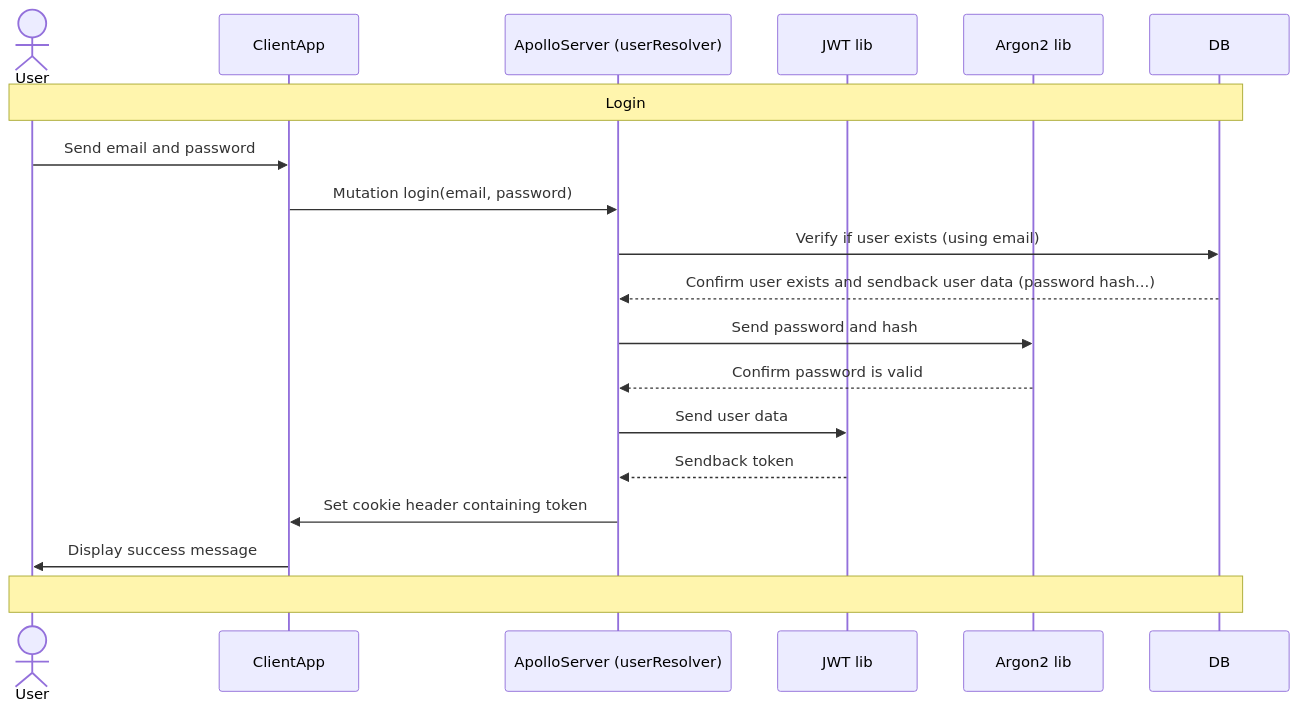
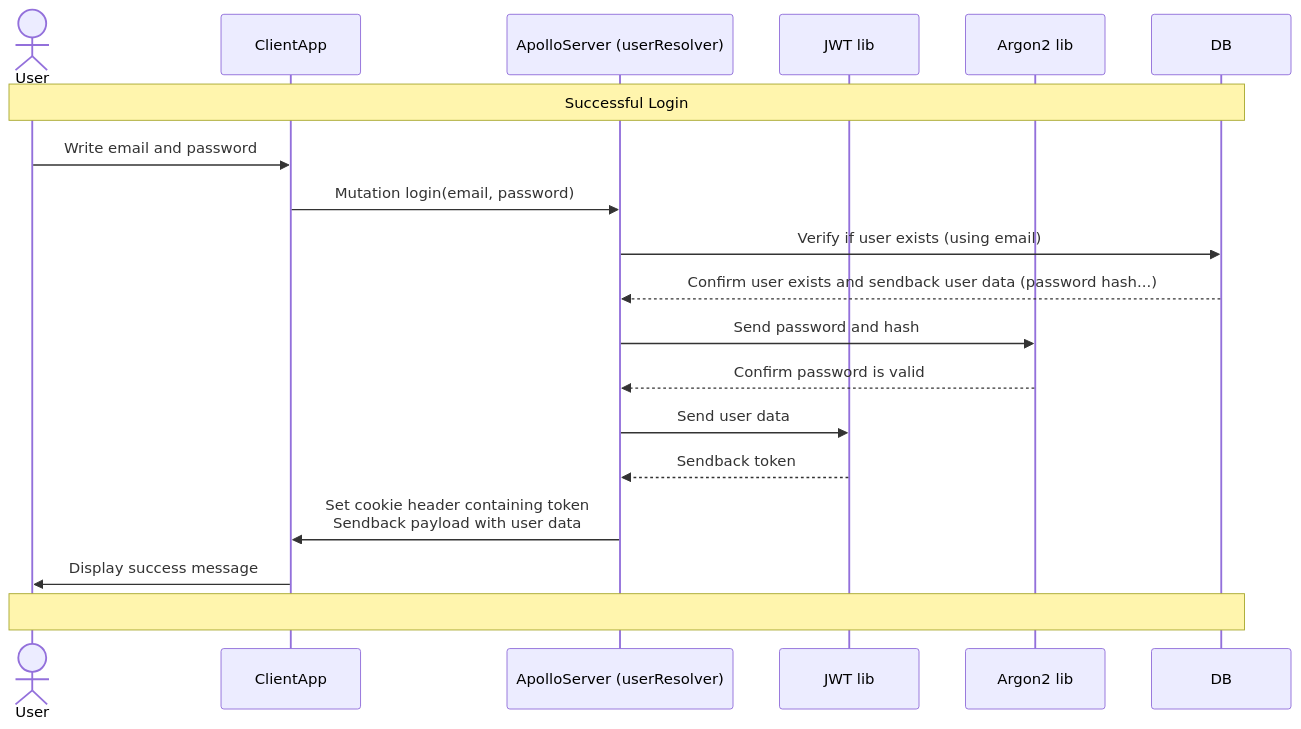
One commit to WildCodeSchool/2025-03-wns-violet-ecochallenges changed the diagram in docs/authentication-sequence-diagram.mermaid. Above: the diagram before and after it, drawn with Mermaid.

Commit message:
update diagram with Loic

````diff
--- a/docs/authentication-sequence-diagram.mermaid
+++ b/docs/authentication-sequence-diagram.mermaid
@@ -1,24 +1,22 @@
 ```mermaid
 sequenceDiagram
-    actor User
-    participant Client as ClientApp
-    participant Server as ApolloServer (userResolver)
-    participant JWT as JWT lib
-    participant Argon2 as Argon2 lib
-    participant DB
+  actor User as User
+  participant Client as ClientApp
+  participant Server as ApolloServer (userResolver)
+  participant JWT as JWT lib
+  participant Argon2 as Argon2 lib
+  participant DB as DB
 
-    Note over User,DB: Login
-
-    User->>Client: Send email and password
-    Client->>Server: Mutation login(email, password)
-    Server->>DB: Verify if user exists (using email)
-    DB-->>Server: Confirm user exists and sendback user data (password hash...)
-    Server->>Argon2: Send password and hash
-    Argon2 -->> Server: Confirm password is valid
-    Server->> JWT: Send user data
-    JWT-->>Server: Sendback token
-    Server->>Client: Set cookie header containing token
-    Client->>User: Display success message
-
-    Note over User,DB:
+  Note over User, DB: Successful Login
+  User ->> Client: Write email and password
+  Client ->> Server: Mutation login(email, password)
+  Server ->> DB: Verify if user exists (using email)
+  DB -->> Server: Confirm user exists and sendback user data (password hash...)
+  Server ->> Argon2: Send password and hash
+  Argon2 -->> Server: Confirm password is valid
+  Server ->> JWT: Send user data
+  JWT -->> Server: Sendback token
+  Server ->> Client: Set cookie header containing token<br/>Sendback payload with user data
+  Client ->> User: Display success message
+  Note over User, DB:
 ```
````
